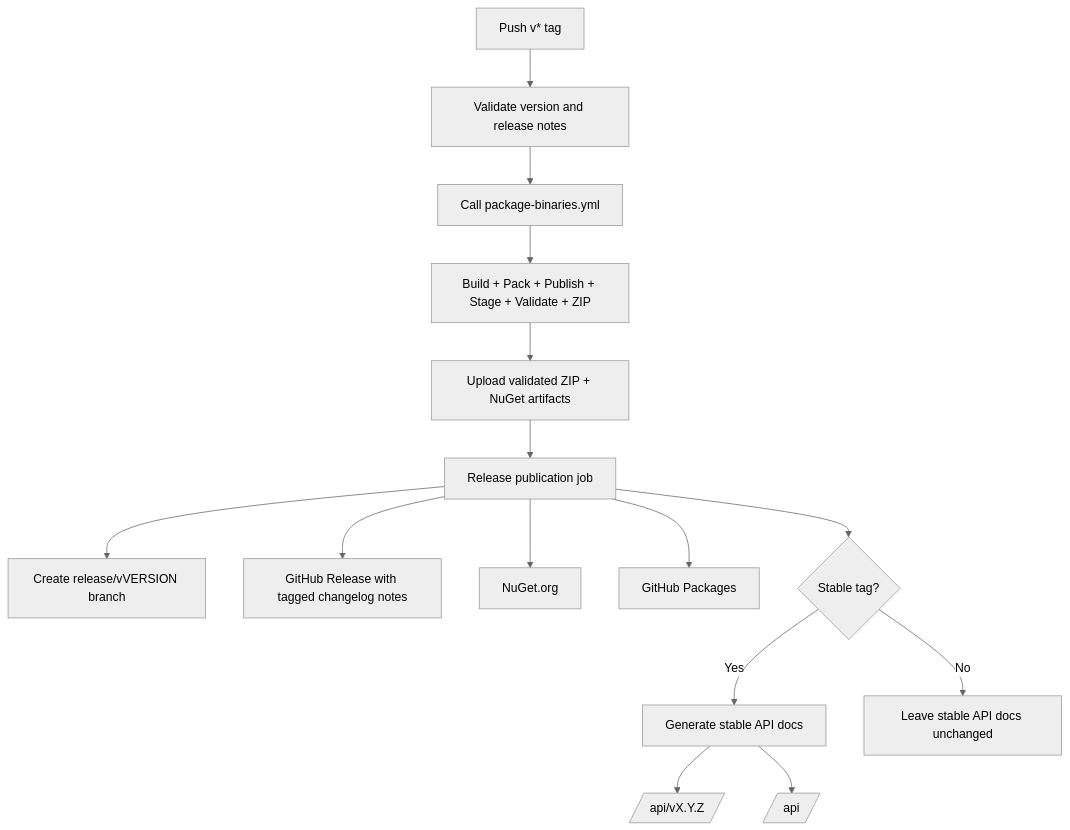
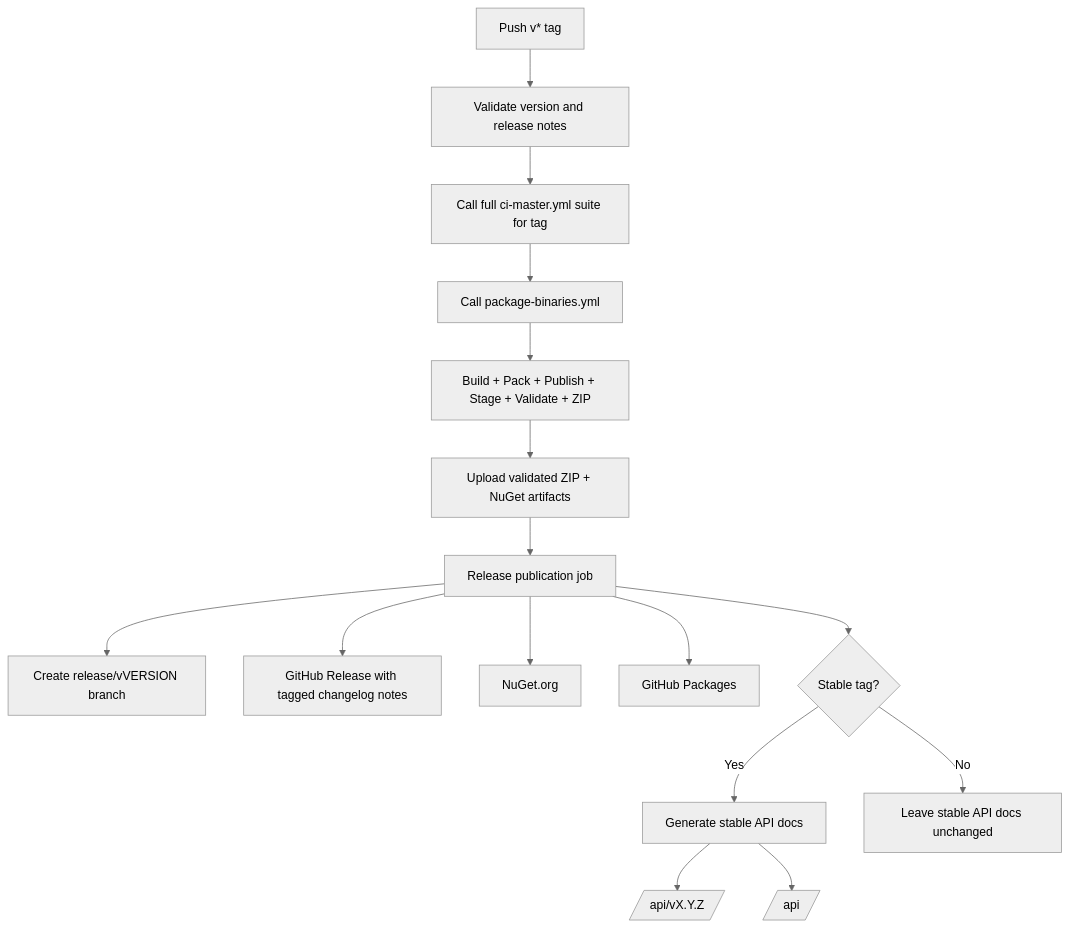
The third of 3 diagrams in docs/wiki/GitHub-Automation-and-Workflows.md (Isthimius/Gondwana), drawn with Mermaid (neutral theme) before and after one commit. The commit also changed other lines of this file and 5 other files, not shown here.

````diff
--- a/docs/wiki/GitHub-Automation-and-Workflows.md
+++ b/docs/wiki/GitHub-Automation-and-Workflows.md
@@ -1079,18 +1093,19 @@
 ```mermaid
 flowchart TD
     TAG[Push v* tag] --> PREFLIGHT[Validate version and release notes]
-    PREFLIGHT --> PKG[Call package-binaries.yml]
+    PREFLIGHT --> CI[Call full ci-master.yml suite for tag]
+    CI --> PKG[Call package-binaries.yml]
     PKG --> BUNDLE[Build + Pack + Publish + Stage + Validate + ZIP]
     BUNDLE --> UPLOAD[Upload validated ZIP + NuGet artifacts]
     UPLOAD --> PUB[Release publication job]
 
     PUB --> BRANCH[Create release/vVERSION branch]
     PUB --> GHREL[GitHub Release with tagged changelog notes]
     PUB --> NUGET[NuGet.org]
     PUB --> GHPKG[GitHub Packages]
     PUB --> CHECK{Stable tag?}
     CHECK -->|Yes| DOXY[Generate stable API docs]
     CHECK -->|No| SKIP[Leave stable API docs unchanged]
     DOXY --> VERSIONED[/api/vX.Y.Z/]
     DOXY --> STABLE[/api/]
 ```
````
